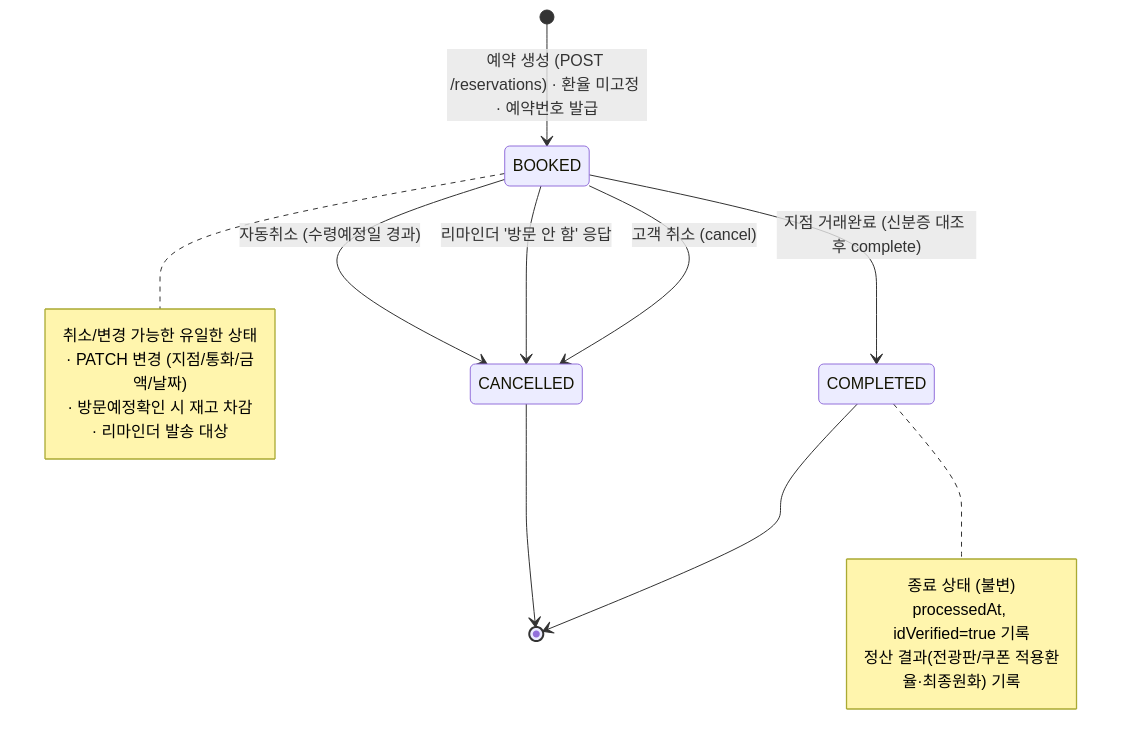
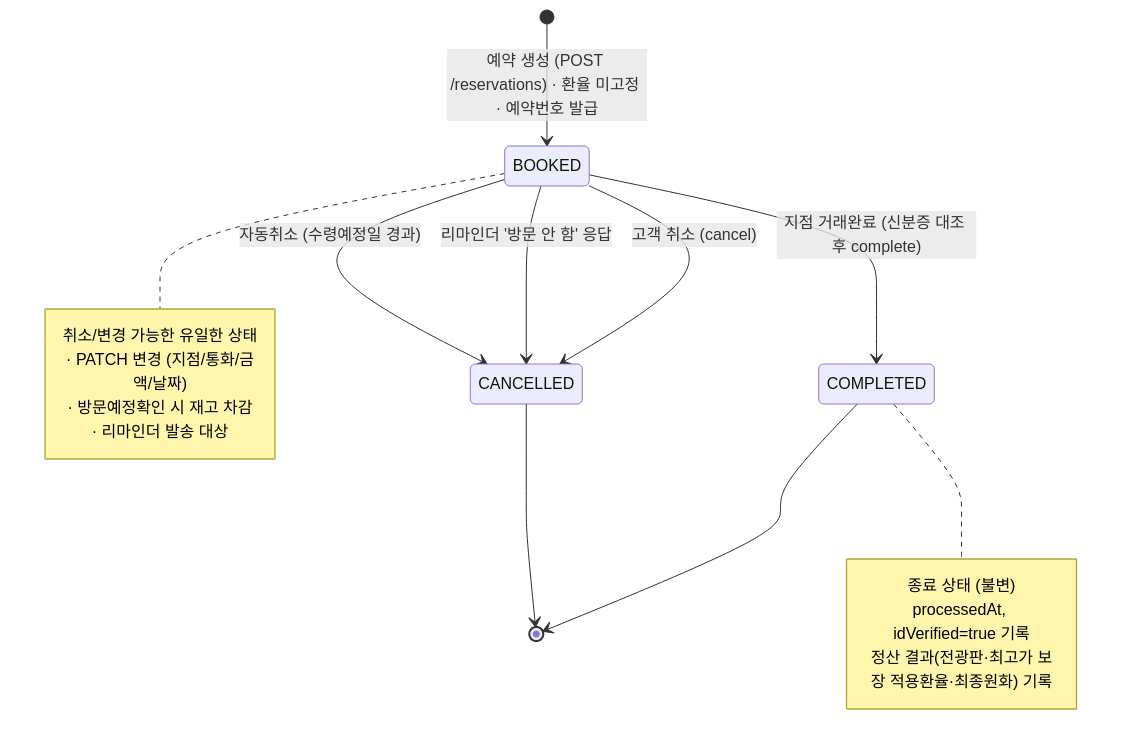
Before and after one commit to ahyeonine/moneybox_fw01: the diagram in docs-plan/06_상태도.mermaid, drawn with Mermaid. The commit also changed 7 other files, not shown here.

```diff
--- a/docs-plan/06_상태도.mermaid
+++ b/docs-plan/06_상태도.mermaid
@@ -1,20 +1,20 @@
 stateDiagram-v2
     [*] --> BOOKED: 예약 생성 (POST /reservations) · 환율 미고정 · 예약번호 발급
     BOOKED --> COMPLETED: 지점 거래완료 (신분증 대조 후 complete)
     BOOKED --> CANCELLED: 고객 취소 (cancel)
     BOOKED --> CANCELLED: 리마인더 '방문 안 함' 응답
     BOOKED --> CANCELLED: 자동취소 (수령예정일 경과)
     COMPLETED --> [*]
     CANCELLED --> [*]
 
     note right of BOOKED
       취소/변경 가능한 유일한 상태
       · PATCH 변경 (지점/통화/금액/날짜)
       · 방문예정확인 시 재고 차감
       · 리마인더 발송 대상
     end note
     note right of COMPLETED
       종료 상태 (불변)
       processedAt, idVerified=true 기록
-      정산 결과(전광판/쿠폰 적용환율·최종원화) 기록
+      정산 결과(전광판·최고가 보장 적용환율·최종원화) 기록
     end note
```
